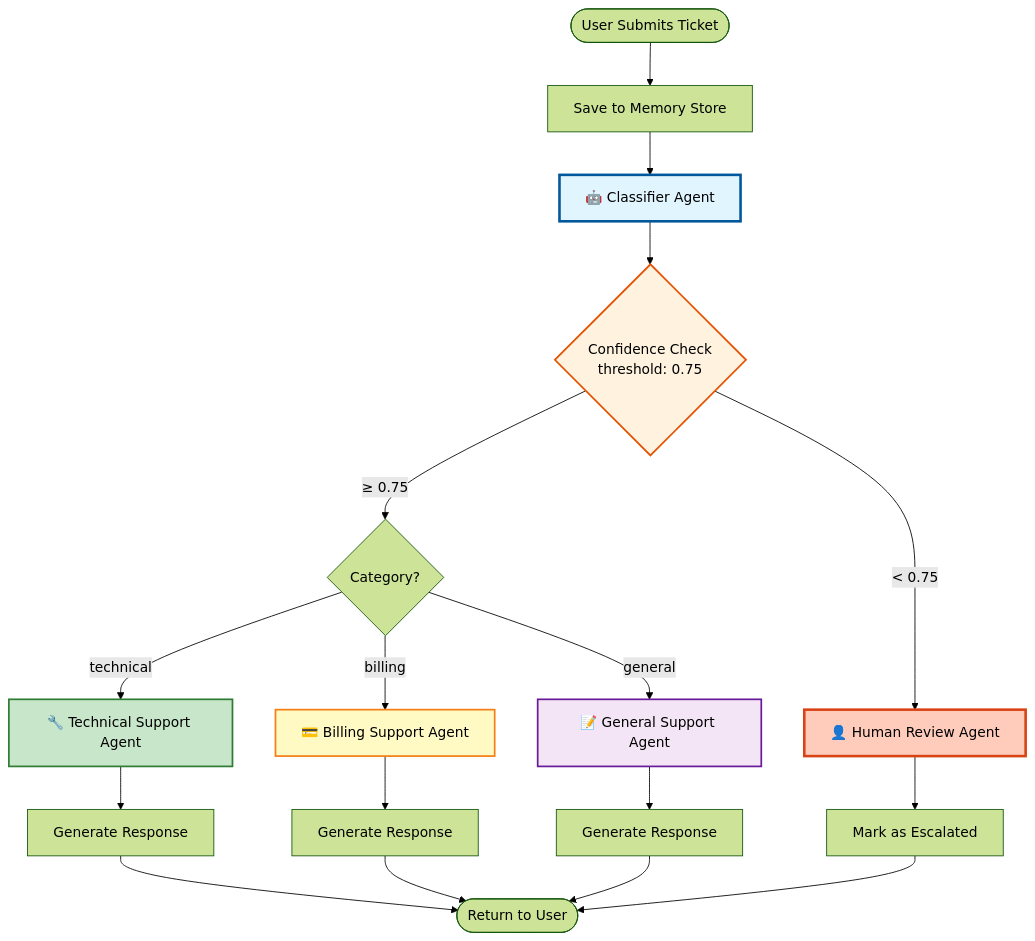
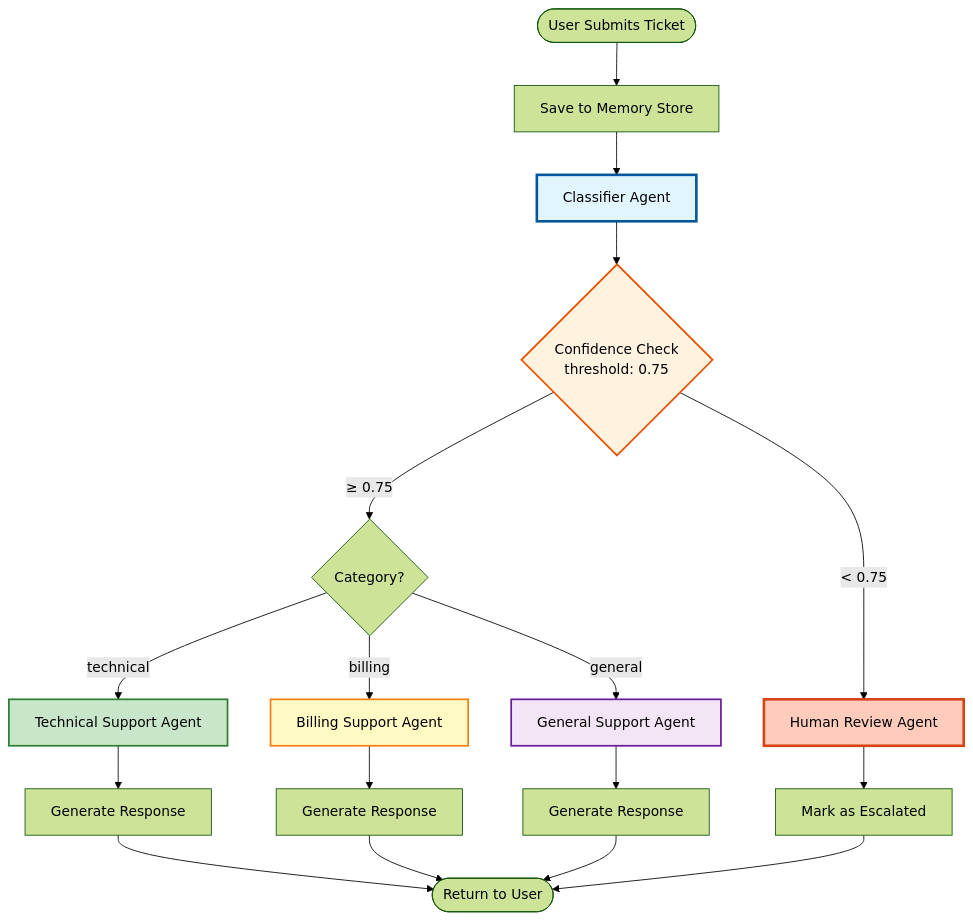
Before and after one commit to aaryan182/ai_agents_prod_langgraph: the first of 4 diagrams in Customer_support_Ticket_agent/README.md, drawn with Mermaid (forest theme). The commit also changed other lines of this file and 7 other files, not shown here.

````diff
--- a/Customer_support_Ticket_agent/README.md
+++ b/Customer_support_Ticket_agent/README.md
@@ -57,30 +57,30 @@
 ```mermaid
 graph TB
     Start([User Submits Ticket]) --> Save[Save to Memory Store]
-    Save --> Classifier[🤖 Classifier Agent]
+    Save --> Classifier[Classifier Agent]
     Classifier --> Confidence{Confidence Check<br/>threshold: 0.75}
 
     Confidence -->|≥ 0.75| Category{Category?}
-    Confidence -->|< 0.75| Human[👤 Human Review Agent]
+    Confidence -->|< 0.75| Human[Human Review Agent]
 
-    Category -->|technical| Tech[🔧 Technical Support Agent]
-    Category -->|billing| Billing[💳 Billing Support Agent]
-    Category -->|general| General[📝 General Support Agent]
+    Category -->|technical| Tech[Technical Support Agent]
+    Category -->|billing| Billing[Billing Support Agent]
+    Category -->|general| General[General Support Agent]
 
     Tech --> Response1[Generate Response]
     Billing --> Response2[Generate Response]
     General --> Response3[Generate Response]
     Human --> Escalate[Mark as Escalated]
 
     Response1 --> End([Return to User])
     Response2 --> End
     Response3 --> End
     Escalate --> End
 
     style Classifier fill:#e1f5ff,stroke:#01579b,stroke-width:3px
     style Tech fill:#c8e6c9,stroke:#2e7d32,stroke-width:2px
     style Billing fill:#fff9c4,stroke:#f57f17,stroke-width:2px
     style General fill:#f3e5f5,stroke:#6a1b9a,stroke-width:2px
     style Human fill:#ffccbc,stroke:#d84315,stroke-width:3px
     style Confidence fill:#fff3e0,stroke:#e65100,stroke-width:2px
 ```
````
